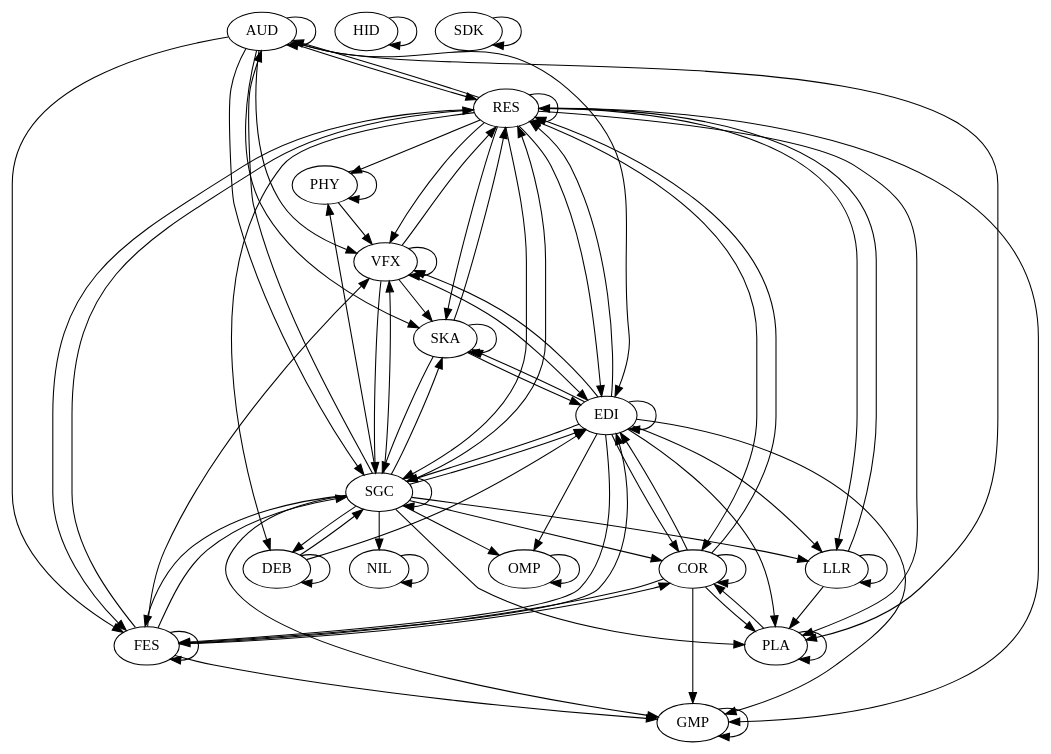
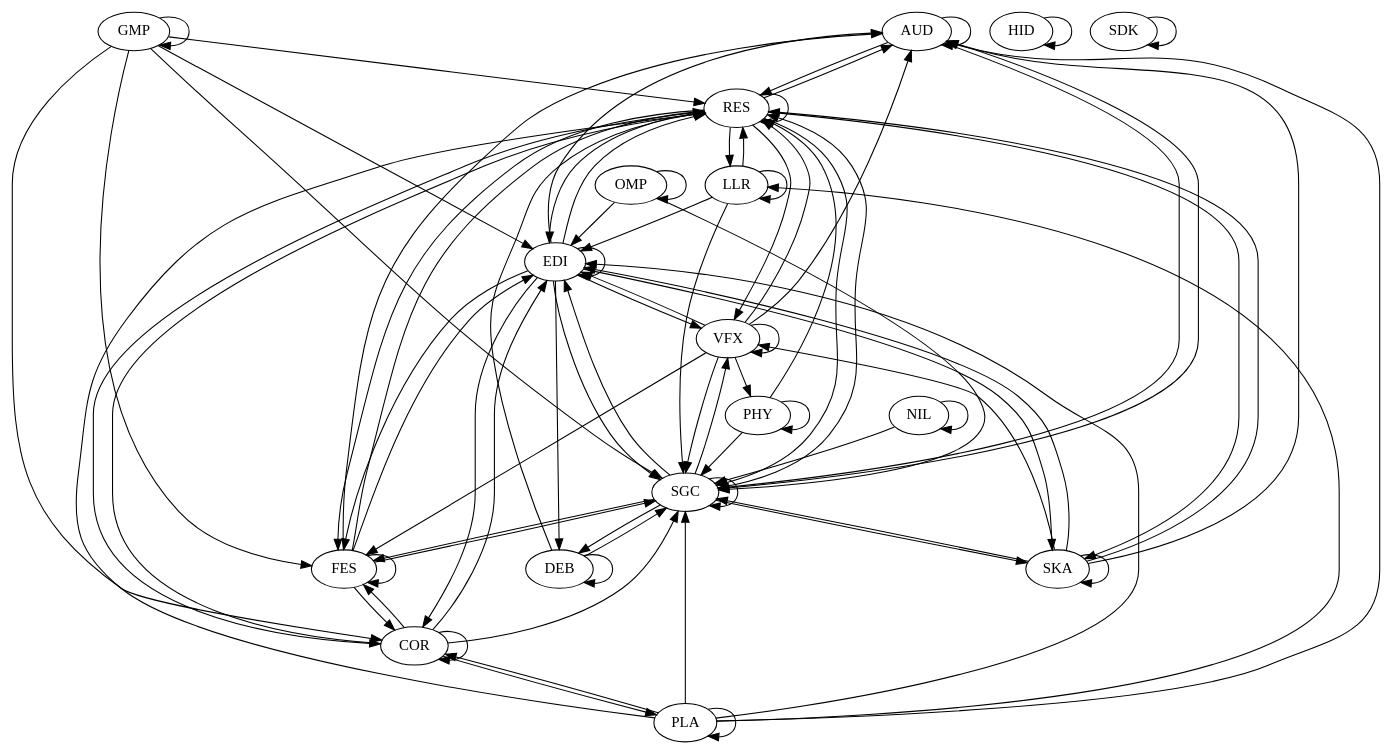
One commit to gamedev-studies/game-engine-analyser changed the diagram in 6_architectural_map_gen/outputs/godot.dot. Above: the diagram before and after it, drawn with Graphviz. The commit also changed 9 other files, not shown here.

```diff
--- a/6_architectural_map_gen/outputs/godot.dot
+++ b/6_architectural_map_gen/outputs/godot.dot
@@ -1,86 +1,86 @@
 digraph "source tree" {
 	"AUD" -> "AUD"
+	"AUD" -> "RES"
+	"AUD" -> "SGC"
+	"COR" -> "COR"
+	"COR" -> "EDI"
+	"COR" -> "FES"
+	"COR" -> "PLA"
+	"COR" -> "RES"
+	"COR" -> "SGC"
+	"DEB" -> "DEB"
+	"DEB" -> "RES"
+	"DEB" -> "SGC"
+	"EDI" -> "AUD"
+	"EDI" -> "COR"
+	"EDI" -> "DEB"
+	"EDI" -> "EDI"
+	"EDI" -> "FES"
+	"EDI" -> "RES"
+	"EDI" -> "SGC"
+	"EDI" -> "SKA"
+	"EDI" -> "VFX"
+	"FES" -> "AUD"
+	"FES" -> "COR"
+	"FES" -> "EDI"
+	"FES" -> "FES"
+	"FES" -> "RES"
+	"FES" -> "SGC"
+	"GMP" -> "COR"
+	"GMP" -> "EDI"
+	"GMP" -> "FES"
+	"GMP" -> "GMP"
+	"GMP" -> "RES"
+	"GMP" -> "SGC"
+	"HID" -> "HID"
+	"LLR" -> "EDI"
+	"LLR" -> "LLR"
+	"LLR" -> "RES"
+	"LLR" -> "SGC"
+	"NIL" -> "NIL"
+	"NIL" -> "SGC"
+	"OMP" -> "EDI"
+	"OMP" -> "OMP"
+	"OMP" -> "SGC"
+	"PHY" -> "PHY"
+	"PHY" -> "RES"
+	"PHY" -> "SGC"
+	"PLA" -> "AUD"
+	"PLA" -> "COR"
+	"PLA" -> "EDI"
+	"PLA" -> "LLR"
+	"PLA" -> "PLA"
+	"PLA" -> "RES"
+	"PLA" -> "SGC"
 	"RES" -> "AUD"
+	"RES" -> "COR"
+	"RES" -> "EDI"
+	"RES" -> "FES"
+	"RES" -> "LLR"
+	"RES" -> "RES"
+	"RES" -> "SGC"
+	"RES" -> "SKA"
+	"RES" -> "VFX"
+	"SDK" -> "SDK"
 	"SGC" -> "AUD"
-	"COR" -> "COR"
-	"EDI" -> "COR"
-	"FES" -> "COR"
-	"PLA" -> "COR"
-	"RES" -> "COR"
-	"SGC" -> "COR"
-	"DEB" -> "DEB"
-	"RES" -> "DEB"
 	"SGC" -> "DEB"
-	"AUD" -> "EDI"
-	"COR" -> "EDI"
-	"DEB" -> "EDI"
-	"EDI" -> "EDI"
-	"FES" -> "EDI"
-	"RES" -> "EDI"
 	"SGC" -> "EDI"
+	"SGC" -> "FES"
+	"SGC" -> "RES"
+	"SGC" -> "SGC"
+	"SGC" -> "SKA"
+	"SGC" -> "VFX"
+	"SKA" -> "AUD"
 	"SKA" -> "EDI"
+	"SKA" -> "RES"
+	"SKA" -> "SGC"
+	"SKA" -> "SKA"
+	"SKA" -> "VFX"
+	"VFX" -> "AUD"
 	"VFX" -> "EDI"
-	"AUD" -> "FES"
-	"COR" -> "FES"
-	"EDI" -> "FES"
-	"FES" -> "FES"
-	"RES" -> "FES"
-	"SGC" -> "FES"
-	"COR" -> "GMP"
-	"EDI" -> "GMP"
-	"FES" -> "GMP"
-	"GMP" -> "GMP"
-	"RES" -> "GMP"
-	"SGC" -> "GMP"
-	"HID" -> "HID"
-	"EDI" -> "LLR"
-	"LLR" -> "LLR"
-	"RES" -> "LLR"
-	"SGC" -> "LLR"
-	"NIL" -> "NIL"
-	"SGC" -> "NIL"
-	"EDI" -> "OMP"
-	"OMP" -> "OMP"
-	"SGC" -> "OMP"
-	"PHY" -> "PHY"
-	"RES" -> "PHY"
-	"SGC" -> "PHY"
-	"AUD" -> "PLA"
-	"COR" -> "PLA"
-	"EDI" -> "PLA"
-	"LLR" -> "PLA"
-	"PLA" -> "PLA"
-	"RES" -> "PLA"
-	"SGC" -> "PLA"
-	"AUD" -> "RES"
-	"COR" -> "RES"
-	"EDI" -> "RES"
-	"FES" -> "RES"
-	"LLR" -> "RES"
-	"RES" -> "RES"
-	"SGC" -> "RES"
-	"SKA" -> "RES"
+	"VFX" -> "FES"
+	"VFX" -> "PHY"
 	"VFX" -> "RES"
-	"SDK" -> "SDK"
-	"AUD" -> "SGC"
-	"DEB" -> "SGC"
-	"EDI" -> "SGC"
-	"FES" -> "SGC"
-	"RES" -> "SGC"
-	"SGC" -> "SGC"
-	"SKA" -> "SGC"
 	"VFX" -> "SGC"
-	"AUD" -> "SKA"
-	"EDI" -> "SKA"
-	"RES" -> "SKA"
-	"SGC" -> "SKA"
-	"SKA" -> "SKA"
-	"VFX" -> "SKA"
-	"AUD" -> "VFX"
-	"EDI" -> "VFX"
-	"FES" -> "VFX"
-	"PHY" -> "VFX"
-	"RES" -> "VFX"
-	"SGC" -> "VFX"
 	"VFX" -> "VFX"
 }
```
